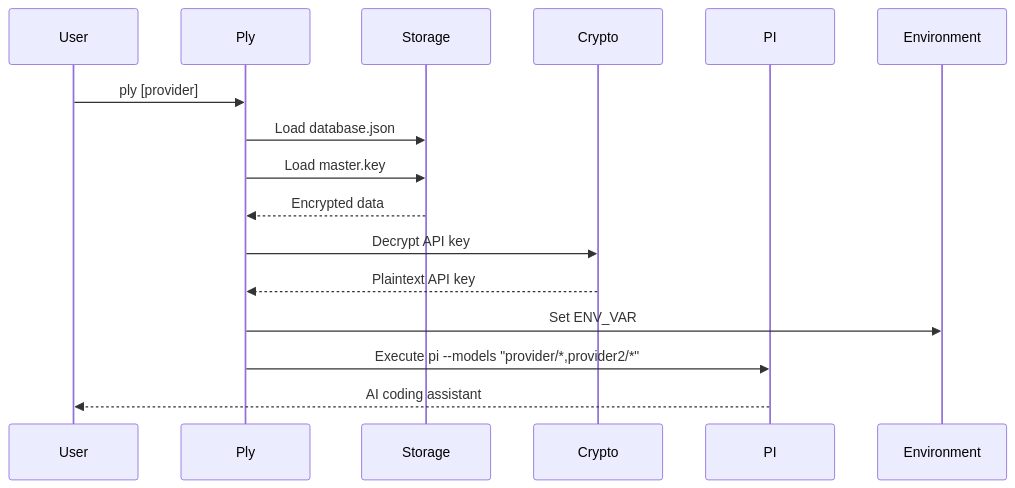
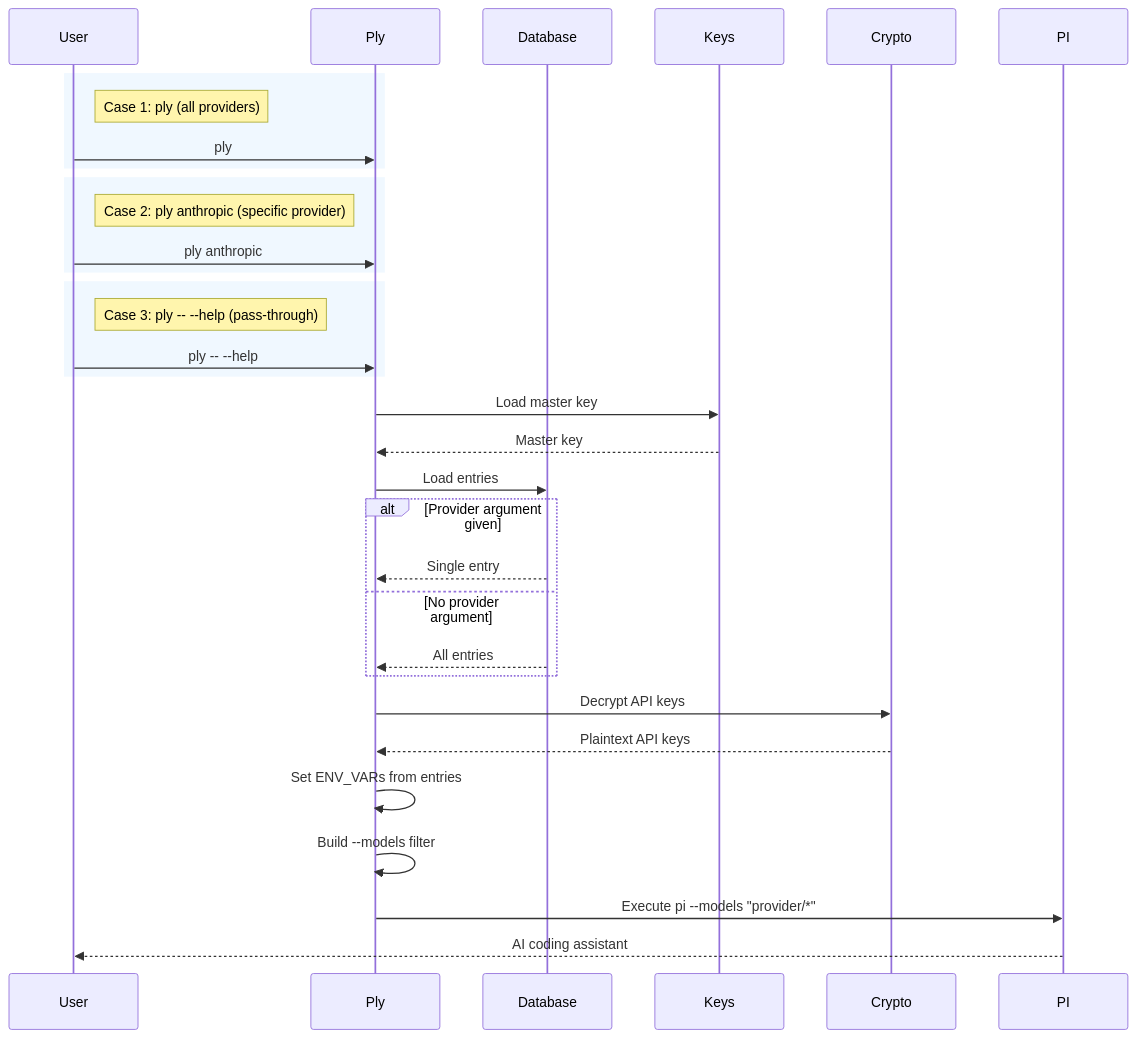
Before and after one commit to dkmnx/pyx: the second of 4 diagrams in docs/architecture.md, drawn with Mermaid.

Commit message:
docs: fix data flow diagram to match source code
- Add Keys manager interaction (not direct file access)
- Show all three usage cases: all providers, specific provider, pass-through
- Clarify single vs all entries from database

````diff
--- a/docs/architecture.md
+++ b/docs/architecture.md
@@ -61,18 +61,43 @@
 ```mermaid
 sequenceDiagram
     participant User
     participant Ply
-    participant Storage
+    participant Database
+    participant Keys
     participant Crypto
     participant PI
 
-    User->>Ply: ply [provider]
-    Ply->>Storage: Load database.json
-    Ply->>Storage: Load master.key
-    Storage-->>Ply: Encrypted data
-    Ply->>Crypto: Decrypt API key
-    Crypto-->>Ply: Plaintext API key
-    Ply->>Environment: Set ENV_VAR
-    Ply->>PI: Execute pi --models "provider/*,provider2/*"
+    rect rgb(240, 248, 255)
+        note right of User: Case 1: ply (all providers)
+        User->>Ply: ply
+    end
+
+    rect rgb(240, 248, 255)
+        note right of User: Case 2: ply anthropic (specific provider)
+        User->>Ply: ply anthropic
+    end
+
+    rect rgb(240, 248, 255)
+        note right of User: Case 3: ply -- --help (pass-through)
+        User->>Ply: ply -- --help
+    end
+
+    Ply->>Keys: Load master key
+    Keys-->>Ply: Master key
+
+    Ply->>Database: Load entries
+    alt Provider argument given
+        Database-->>Ply: Single entry
+    else No provider argument
+        Database-->>Ply: All entries
+    end
+
+    Ply->>Crypto: Decrypt API keys
+    Crypto-->>Ply: Plaintext API keys
+
+    Ply->>Ply: Set ENV_VARs from entries
+    Ply->>Ply: Build --models filter
+
+    Ply->>PI: Execute pi --models "provider/*"
     PI-->>User: AI coding assistant
 ```
````
